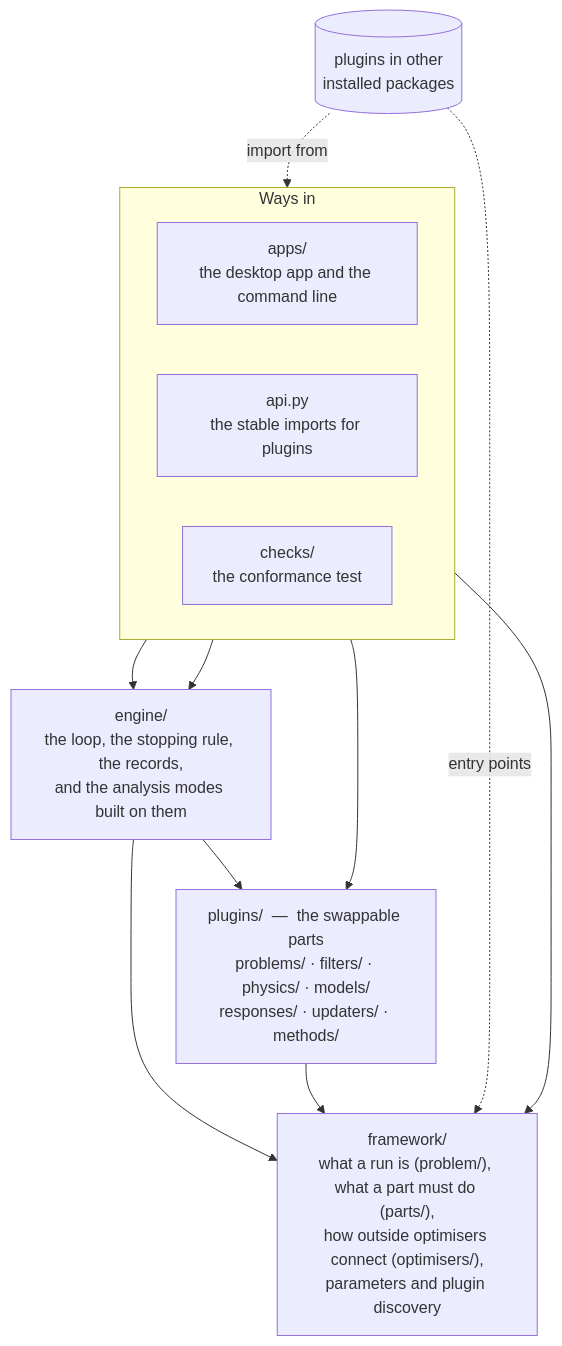
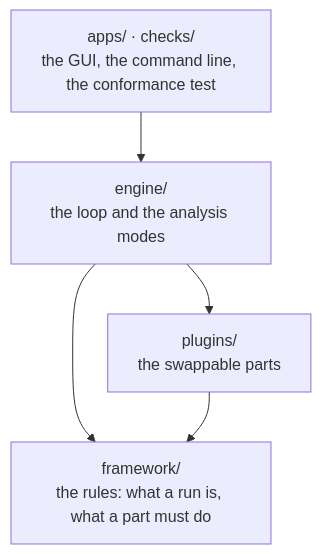
Before and after one commit to Toporia/Toporia-launcher: the first of 2 diagrams in toporia/README.md, drawn with Mermaid. The commit also changed other lines of this file and 48 other files, not shown here.

````diff
--- a/toporia/README.md
+++ b/toporia/README.md
@@ -26,27 +27,11 @@
 ```mermaid
 flowchart TB
-    subgraph ENTRY["Ways in"]
-        direction LR
-        apps["apps/<br/>the desktop app and the command line"]
-        api["api.py<br/>the stable imports for plugins"]
-        checks["checks/<br/>the conformance test"]
-    end
-
-    engine["engine/<br/>the loop, the stopping rule, the records,<br/>and the analysis modes built on them"]
-
-    plugins["plugins/  —  the swappable parts<br/>problems/ · filters/ · physics/ · models/<br/>responses/ · updaters/ · methods/"]
-
-    framework["framework/<br/>what a run is (problem/), what a part must do (parts/),<br/>how outside optimisers connect (optimisers/),<br/>parameters and plugin discovery"]
-
-    other[("plugins in other<br/>installed packages")]
-
+    apps["apps/ · checks/<br/>the GUI, the command line, the conformance test"]
+    engine["engine/<br/>the loop and the analysis modes"]
+    plugins["plugins/<br/>the swappable parts"]
+    framework["framework/<br/>the rules: what a run is, what a part must do"]
     apps --> engine
-    checks --> engine
     engine --> plugins
     engine --> framework
     plugins --> framework
-    api --> framework
-    api --> plugins
-    other -. "entry points" .-> framework
-    other -. "import from" .-> api
 ```
````
